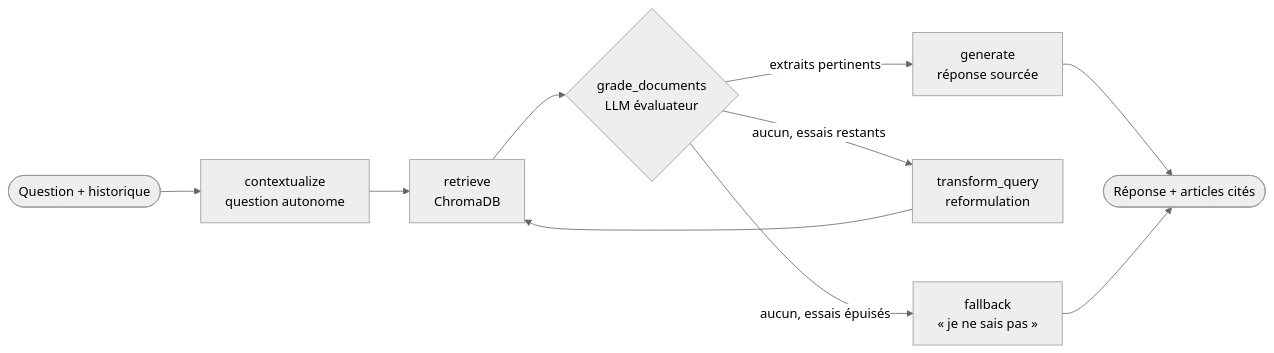
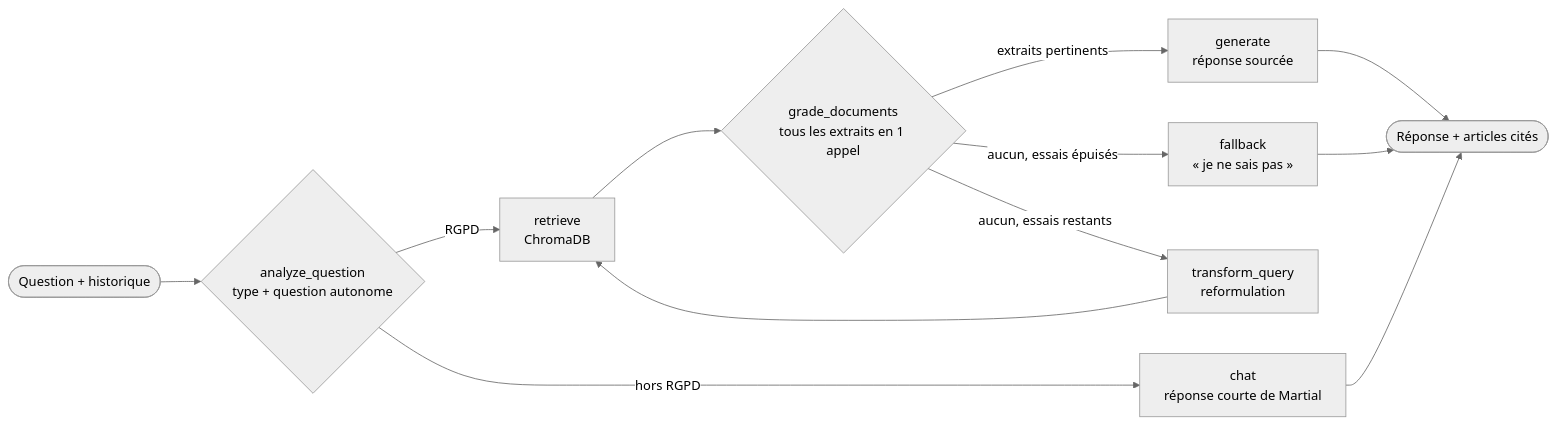
Before and after one commit to GuyMartial24/rgpd-crag-agent: the diagram in README.md, drawn with Mermaid (neutral theme). The commit also changed other lines of this file and 2 other files, not shown here.

````diff
--- a/README.md
+++ b/README.md
@@ -23,12 +23,14 @@
 ```mermaid
 flowchart LR
-    S([Question + historique]) --> C[contextualize<br/>question autonome]
-    C --> R[retrieve<br/>ChromaDB]
-    R --> G{grade_documents<br/>LLM évaluateur}
+    S([Question + historique]) --> A{analyze_question<br/>type + question autonome}
+    A -- hors RGPD --> CH[chat<br/>réponse courte de Martial]
+    A -- RGPD --> R[retrieve<br/>ChromaDB]
+    R --> G{grade_documents<br/>tous les extraits en 1 appel}
     G -- extraits pertinents --> GEN[generate<br/>réponse sourcée]
     G -- aucun, essais restants --> T[transform_query<br/>reformulation]
     T --> R
     G -- aucun, essais épuisés --> F[fallback<br/>« je ne sais pas »]
     GEN --> E([Réponse + articles cités])
     F --> E
+    CH --> E
 ```
````
